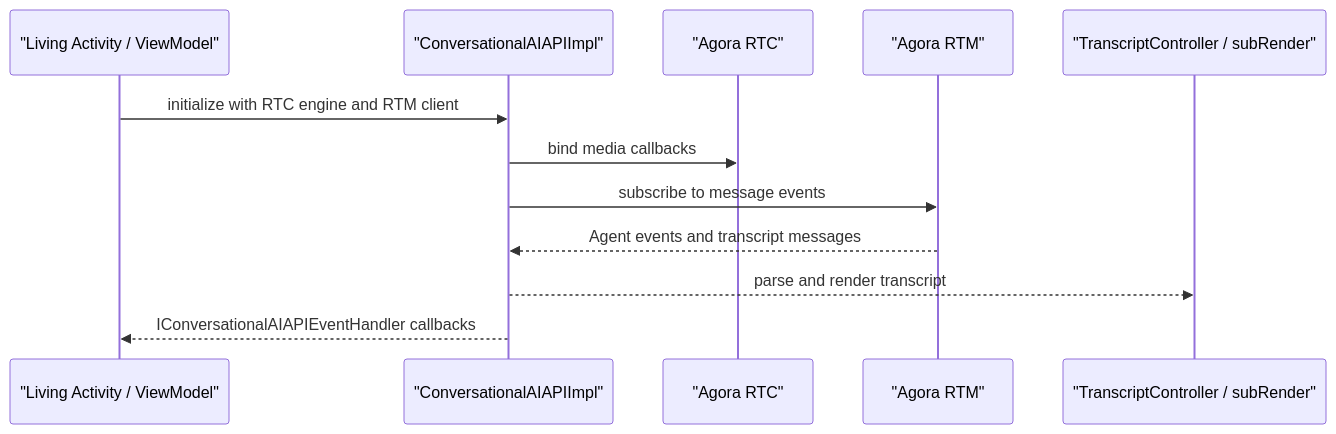
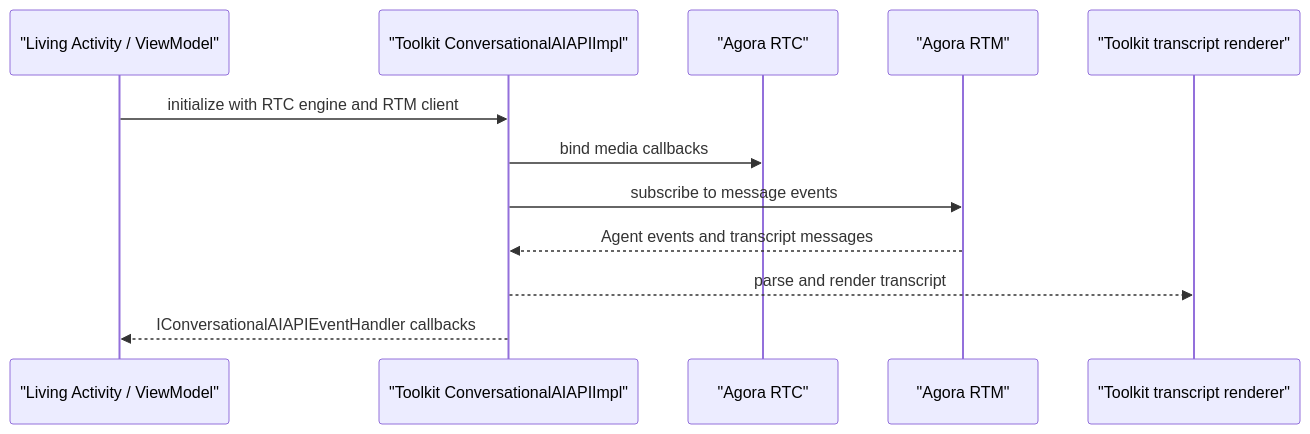
The fourth of 6 diagrams in Android/ARCHITECTURE.md (Shengwang-Community/Conversational-AI-Demo), drawn with Mermaid before and after one commit. The commit also changed other lines of this file and 26 other files, not shown here.

````diff
--- a/Android/ARCHITECTURE.md
+++ b/Android/ARCHITECTURE.md
@@ -95,15 +97,15 @@
 ```mermaid
 sequenceDiagram
   participant UI as "Living Activity / ViewModel"
-  participant API as "ConversationalAIAPIImpl"
+  participant API as "Toolkit ConversationalAIAPIImpl"
   participant RTC as "Agora RTC"
   participant RTM as "Agora RTM"
-  participant Transcript as "TranscriptController / subRender"
+  participant Transcript as "Toolkit transcript renderer"
 
   UI->>API: initialize with RTC engine and RTM client
   API->>RTC: bind media callbacks
   API->>RTM: subscribe to message events
   RTM-->>API: Agent events and transcript messages
   API-->>Transcript: parse and render transcript
   API-->>UI: IConversationalAIAPIEventHandler callbacks
 ```
````
